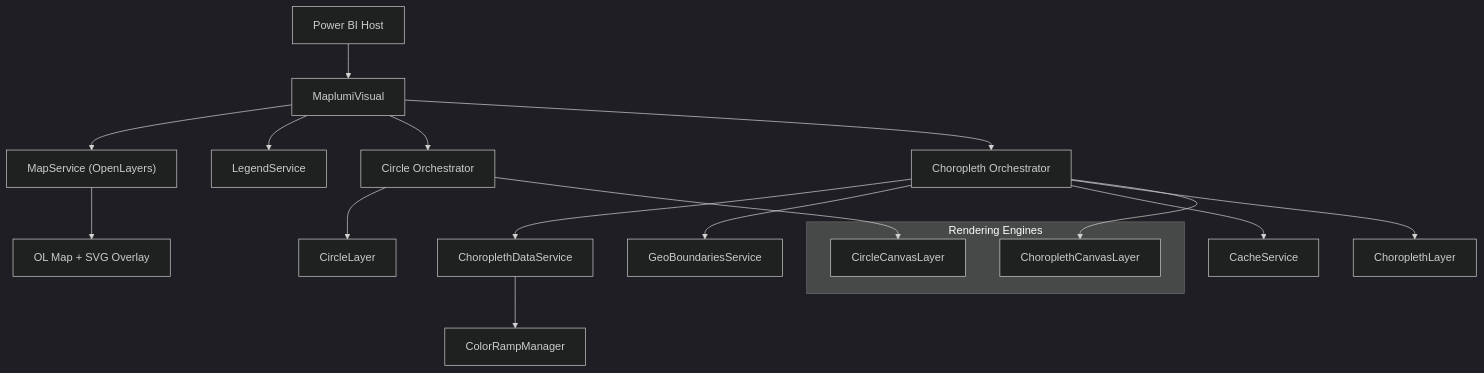
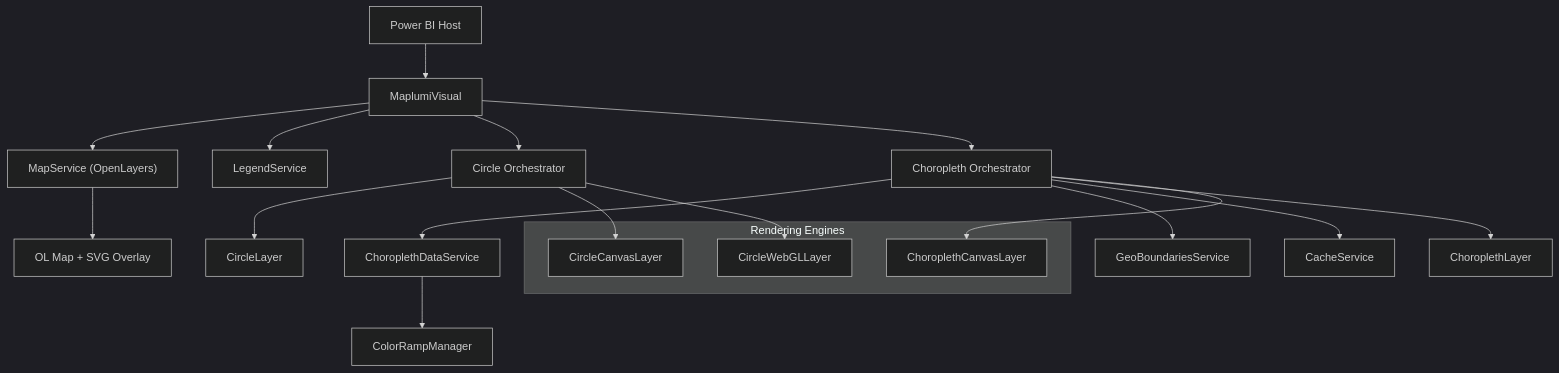
Before and after one commit to maplumi/maplumi-pbi: the first of 4 diagrams in spec/main.md, drawn with Mermaid (dark theme). The commit also changed other lines of this file and 12 other files, not shown here.

````diff
--- a/spec/main.md
+++ b/spec/main.md
@@ -24,21 +24,23 @@
 ```mermaid
 graph TD
   host[Power BI Host] --> visual[MaplumiVisual]
   visual --> mapSvc["MapService (OpenLayers)"]
   visual --> legends[LegendService]
   visual --> circlesOrch[Circle Orchestrator]
   visual --> choroOrch[Choropleth Orchestrator]
   choroOrch --> dataSvc[ChoroplethDataService]
   choroOrch --> geoSvc[GeoBoundariesService]
   choroOrch --> cache[CacheService]
   dataSvc --> ramps[ColorRampManager]
   mapSvc --> map["OL Map + SVG Overlay"]
   circlesOrch --> circleLayer[CircleLayer]
   choroOrch --> choroLayer[ChoroplethLayer]
   subgraph Rendering Engines
     choroCanvas[ChoroplethCanvasLayer]
     circleCanvas[CircleCanvasLayer]
+    circleWebGL[CircleWebGLLayer]
   end
   choroOrch --> choroCanvas
   circlesOrch --> circleCanvas
+  circlesOrch --> circleWebGL
 ```
````
